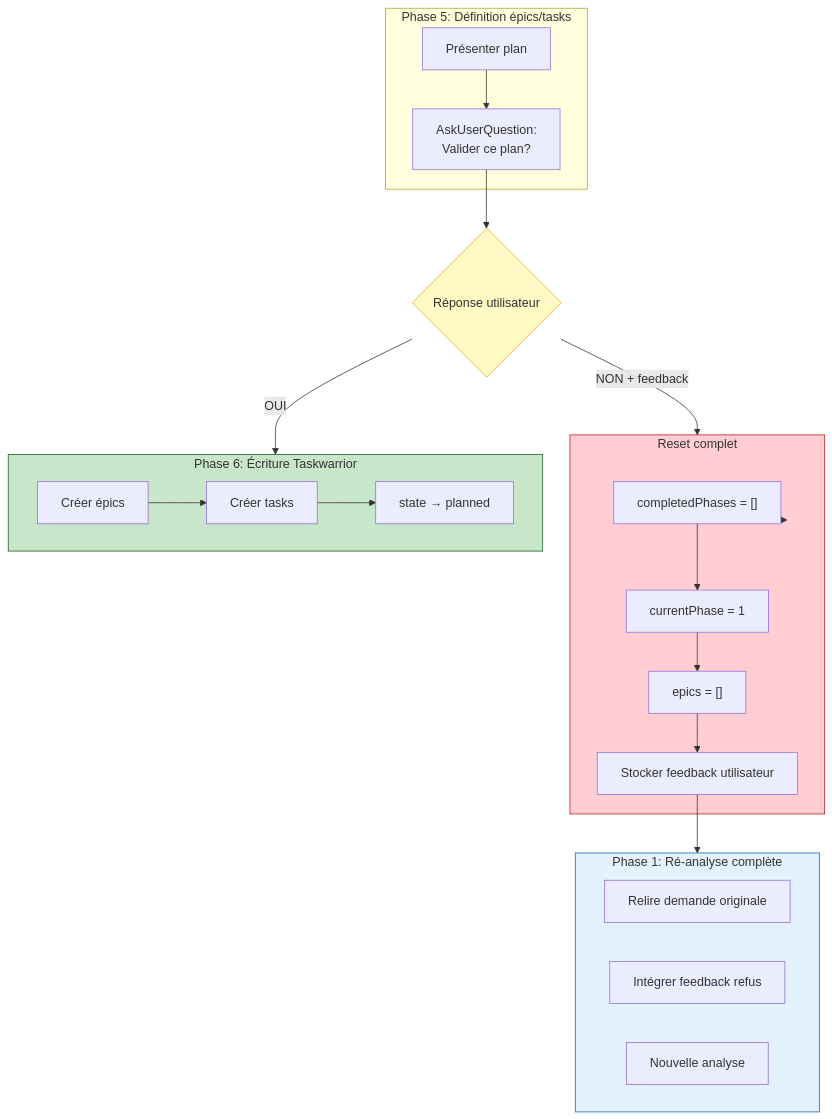
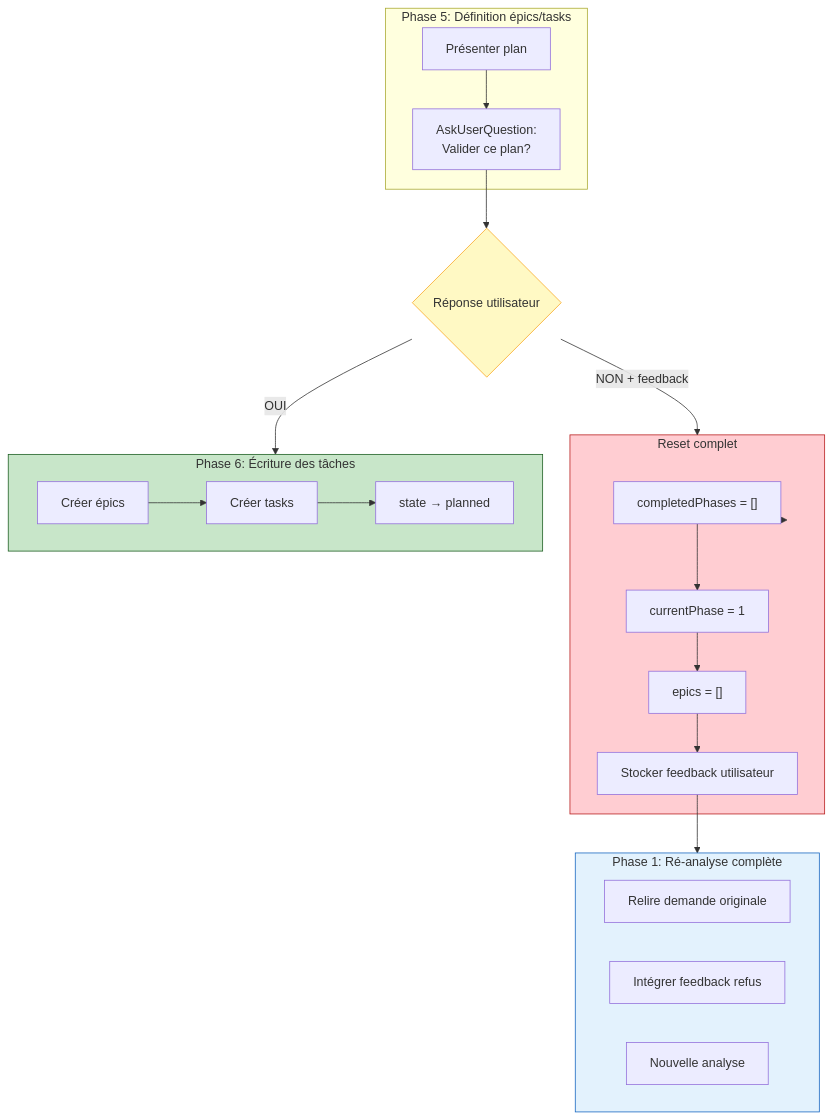
One commit to kodflow/status-line changed the sixth of 10 diagrams in .devcontainer/docs/workflow-plan-apply.md. Above: the diagram before and after it, drawn with Mermaid. The commit also changed other lines of this file and 81 other files, not shown here.

````diff
--- a/.devcontainer/docs/workflow-plan-apply.md
+++ b/.devcontainer/docs/workflow-plan-apply.md
@@ -281,48 +281,48 @@
 ```mermaid
 flowchart TB
     subgraph Phase5["Phase 5: Définition épics/tasks"]
         P5A["Présenter plan"]
         P5B["AskUserQuestion:<br/>Valider ce plan?"]
     end
 
     Decision{Réponse utilisateur}
 
     subgraph Reset["Reset complet"]
         R1["completedPhases = []"]
         R2["currentPhase = 1"]
         R3["epics = []"]
         R4["Stocker feedback utilisateur"]
     end
 
     subgraph Phase1Bis["Phase 1: Ré-analyse complète"]
         P1A["Relire demande originale"]
         P1B["Intégrer feedback refus"]
         P1C["Nouvelle analyse"]
     end
 
-    subgraph Phase6["Phase 6: Écriture Taskwarrior"]
+    subgraph Phase6["Phase 6: Écriture des tâches"]
         P6A["Créer épics"]
         P6B["Créer tasks"]
         P6C["state → planned"]
     end
 
     P5A --> P5B
     P5B --> Decision
 
     Decision -->|"NON + feedback"| Reset
     Decision -->|"OUI"| Phase6
 
     Reset --> R1
     R1 --> R2
     R2 --> R3
     R3 --> R4
     R4 --> Phase1Bis
 
     P6A --> P6B
     P6B --> P6C
 
     style Reset fill:#ffcdd2,stroke:#b71c1c
     style Phase1Bis fill:#e3f2fd,stroke:#1565c0
     style Phase6 fill:#c8e6c9,stroke:#1b5e20
     style Decision fill:#fff9c4,stroke:#f9a825
 ```
````
